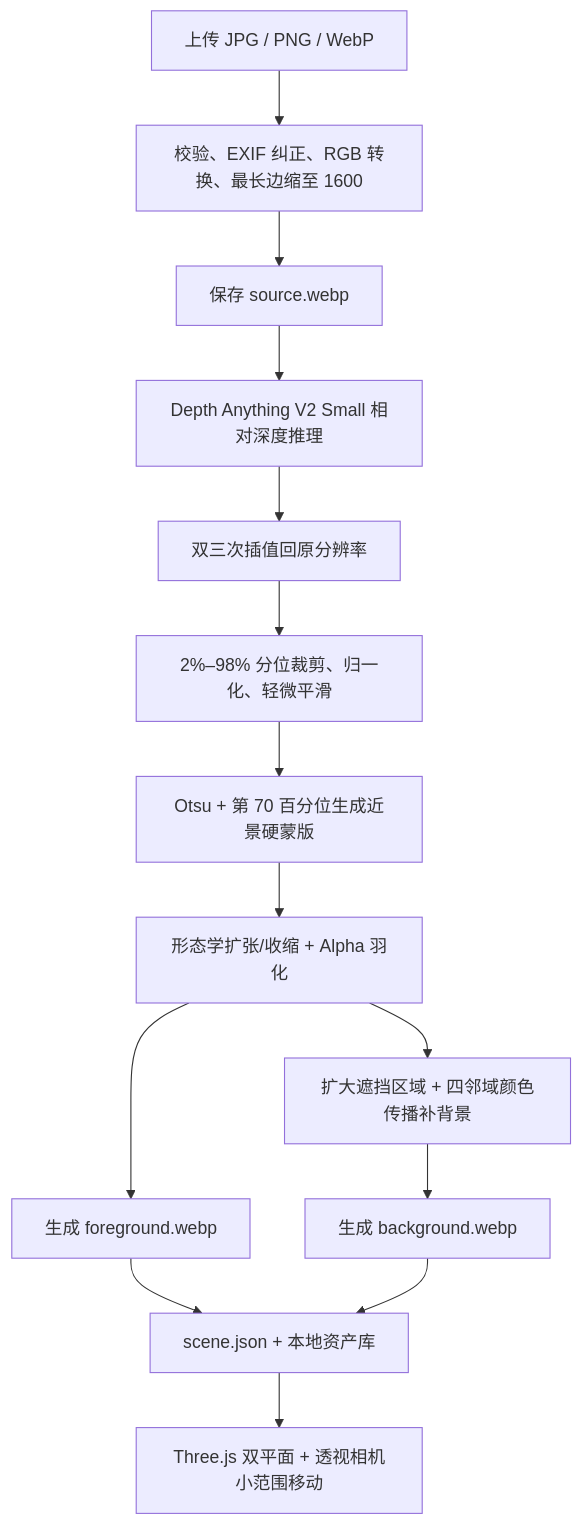
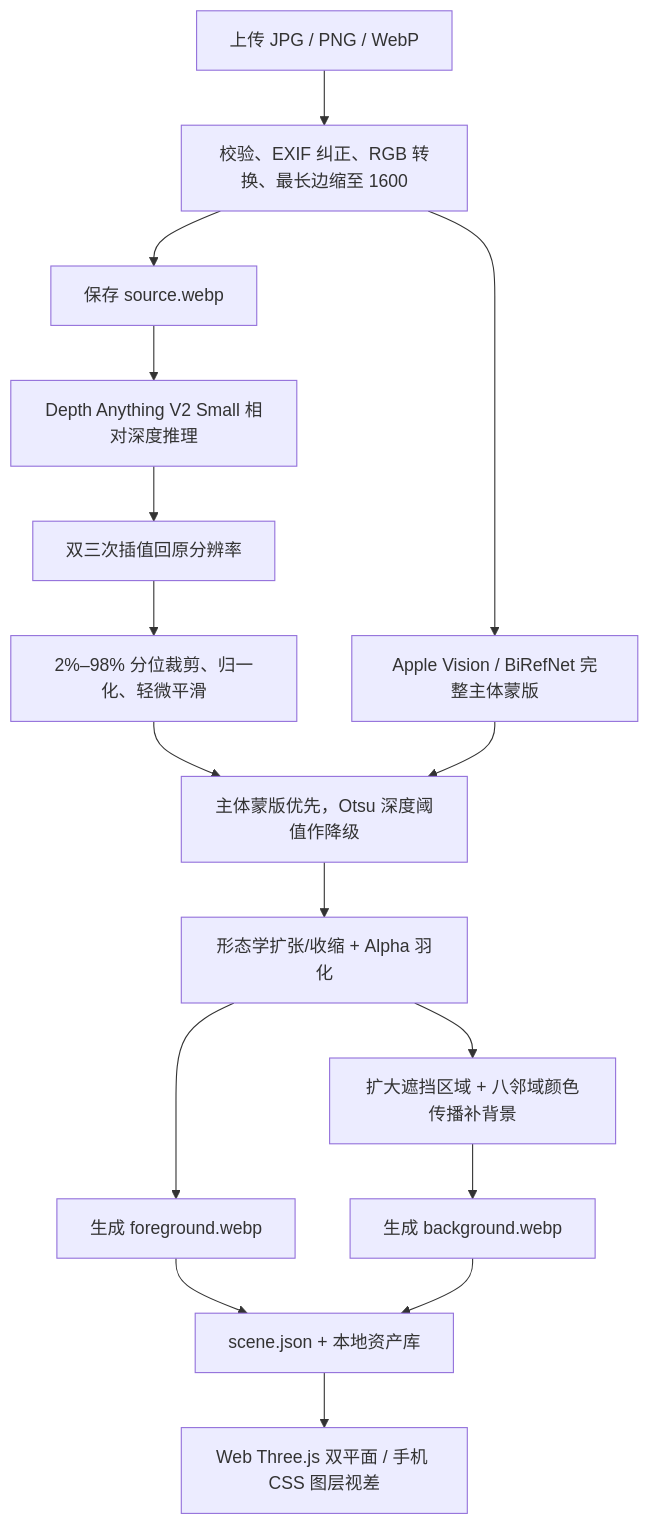
Before and after one commit to CarrieX6/Personal-digital-assistant---A-Web-Agent: the first of 2 diagrams in docs/spatial-scene-device-deployment.md, drawn with Mermaid. The commit also changed other lines of this file and 20 other files, not shown here.

````diff
--- a/docs/spatial-scene-device-deployment.md
+++ b/docs/spatial-scene-device-deployment.md
@@ -67,16 +74,18 @@
 ```mermaid
 flowchart TD
     A["上传 JPG / PNG / WebP"] --> B["校验、EXIF 纠正、RGB 转换、最长边缩至 1600"]
     B --> C["保存 source.webp"]
     C --> D["Depth Anything V2 Small 相对深度推理"]
     D --> E["双三次插值回原分辨率"]
     E --> F["2%–98% 分位裁剪、归一化、轻微平滑"]
-    F --> G["Otsu + 第 70 百分位生成近景硬蒙版"]
+    B --> S["Apple Vision / BiRefNet 完整主体蒙版"]
+    F --> G["主体蒙版优先，Otsu 深度阈值作降级"]
+    S --> G
     G --> H["形态学扩张/收缩 + Alpha 羽化"]
     H --> I["生成 foreground.webp"]
-    H --> J["扩大遮挡区域 + 四邻域颜色传播补背景"]
+    H --> J["扩大遮挡区域 + 八邻域颜色传播补背景"]
     J --> K["生成 background.webp"]
     I --> L["scene.json + 本地资产库"]
     K --> L
-    L --> M["Three.js 双平面 + 透视相机小范围移动"]
+    L --> M["Web Three.js 双平面 / 手机 CSS 图层视差"]
 ```
````
